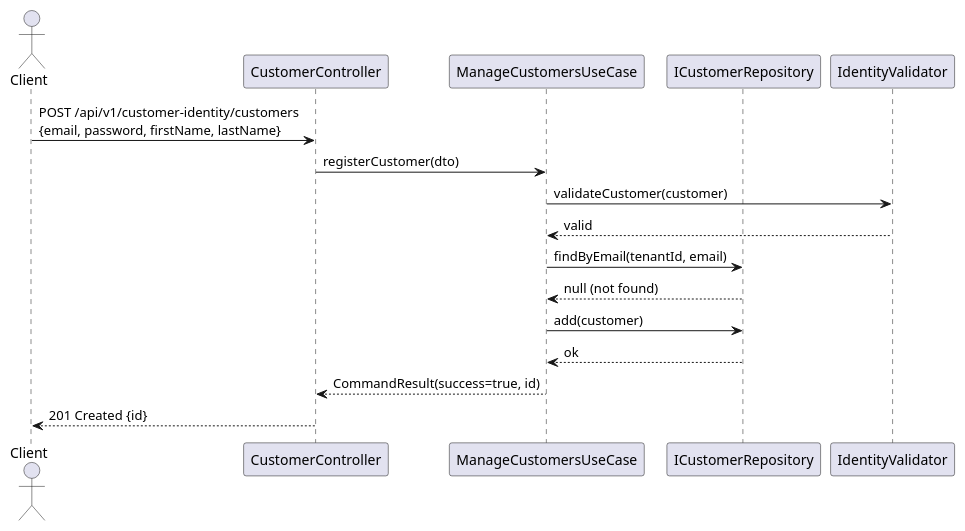
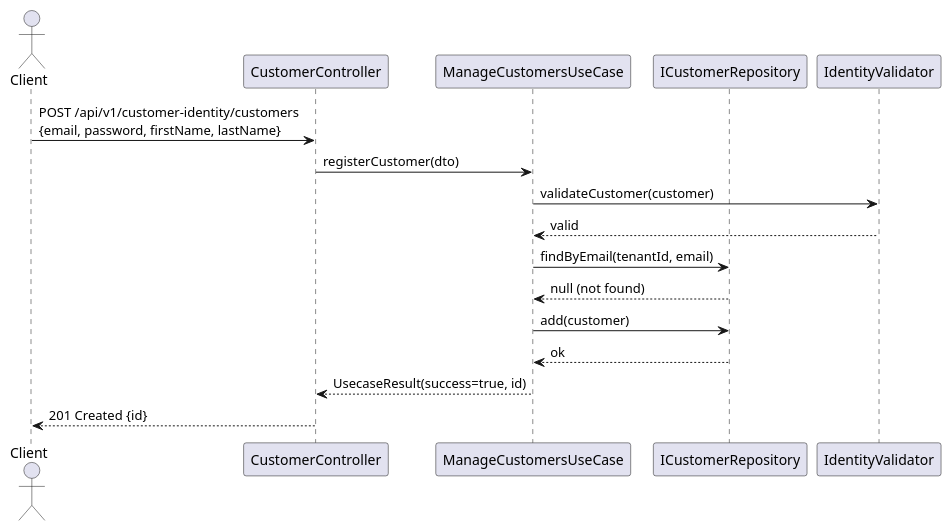
The second of 5 diagrams in customer-identity/UML.md (UIMSolutions/uim-platform), drawn with PlantUML before and after one commit. The commit also changed other lines of this file and 907 other files, not shown here.

Commit message:
Rename CommandResult

````diff
--- a/customer-identity/UML.md
+++ b/customer-identity/UML.md
@@ -158,22 +158,22 @@
 ```plantuml
 @startuml Registration_Flow
 
 actor Client
 participant "CustomerController" as CC
 participant "ManageCustomersUseCase" as UC
 participant "ICustomerRepository" as Repo
 participant "IdentityValidator" as Val
 
 Client -> CC : POST /api/v1/customer-identity/customers\n{email, password, firstName, lastName}
 CC -> UC : registerCustomer(dto)
 UC -> Val : validateCustomer(customer)
 Val --> UC : valid
 UC -> Repo : findByEmail(tenantId, email)
 Repo --> UC : null (not found)
 UC -> Repo : add(customer)
 Repo --> UC : ok
-UC --> CC : CommandResult(success=true, id)
+UC --> CC : UsecaseResult(success=true, id)
 CC --> Client : 201 Created {id}
 
 @enduml
 ```
````
